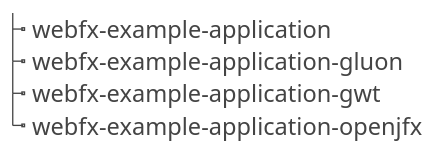
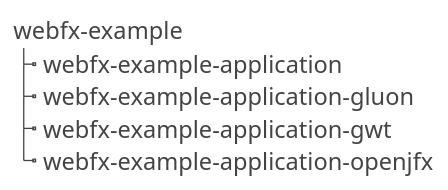
Before and after one commit to webfx-project/webfx-docs: the fifth of 5 diagrams in src/main/asciidoc/WebFX.adoc, drawn with PlantUML. The commit also changed other lines of this file, not shown here.

Commit message:
Added some text and graphic in the introduction section.

```diff
--- a/src/main/asciidoc/WebFX.adoc
+++ b/src/main/asciidoc/WebFX.adoc
@@ -235,15 +253,16 @@
 [plantuml, format=svg, opts="inline"]
 ----
 skinparam Legend {
 	BackgroundColor transparent
 	BorderColor transparent
     FontSize 18
     FontColor #444
 }
 legend
+webfx-example
 |_ webfx-example-application
 |_ webfx-example-application-gluon
 |_ webfx-example-application-gwt
 |_ webfx-example-application-openjfx
 end legend
 ----
```
